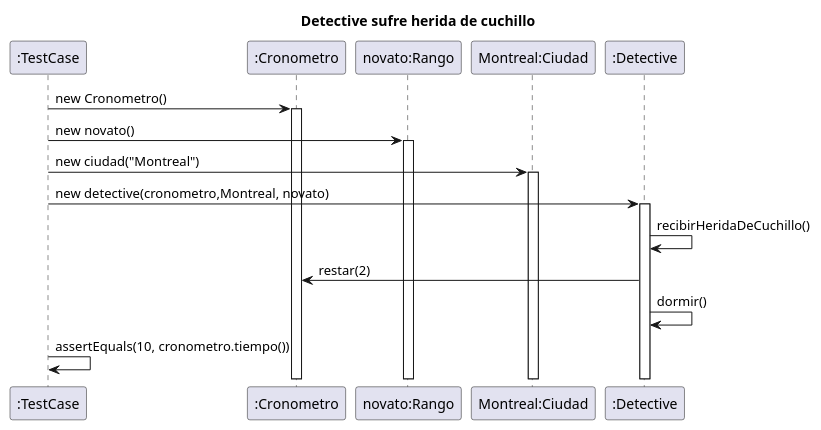
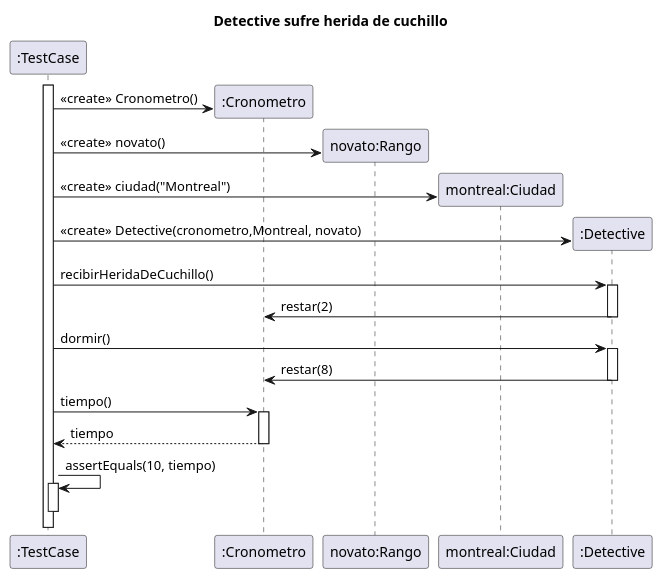
Before and after one commit to MegaRedHand/algo-thief: the diagram in diagrams/sequences/secuencia_testcase05.plantuml, drawn with PlantUML. The commit also changed 9 other files, not shown here.

Commit message:
docs: agrego <<create>> a los diagramas de secuencia

```diff
--- a/diagrams/sequences/secuencia_testcase05.plantuml
+++ b/diagrams/sequences/secuencia_testcase05.plantuml
@@ -1,25 +1,40 @@
 @startuml
 
 title "Detective sufre herida de cuchillo"
 
 participant ":TestCase" as testcase
 participant ":Cronometro" as crono
 participant "novato:Rango" as rango
-participant "Montreal:Ciudad" as ciudad
+participant "montreal:Ciudad" as ciudad
 participant ":Detective" as detective
 
-testcase -> crono: new Cronometro()
+activate testcase
+create crono
+testcase -> crono: <<create>> Cronometro()
+create rango
+testcase -> rango: <<create>> novato()
+create ciudad
+testcase -> ciudad: <<create>> ciudad("Montreal")
+create detective
+testcase -> detective: <<create>> Detective(cronometro,Montreal, novato)
+
+testcase -> detective: recibirHeridaDeCuchillo()
+    activate detective
+    detective -> crono: restar(2)
+    deactivate detective
+
+testcase -> detective: dormir()
+    activate detective
+    detective -> crono: restar(8)
+    deactivate detective
+
+testcase -> crono: tiempo()
     activate crono
-testcase -> rango: new novato()
-    activate rango
-testcase -> ciudad: new ciudad("Montreal")
-    activate ciudad
-testcase -> detective: new detective(cronometro,Montreal, novato)
-    activate detective
-detective -> detective: recibirHeridaDeCuchillo()
-detective -> crono: restar(2)
-detective -> detective: dormir()
-testcase -> testcase: assertEquals(10, cronometro.tiempo())
+    return tiempo
+
+testcase -> testcase: assertEquals(10, tiempo)
+activate testcase
+deactivate testcase
 
 
 @enduml
```
